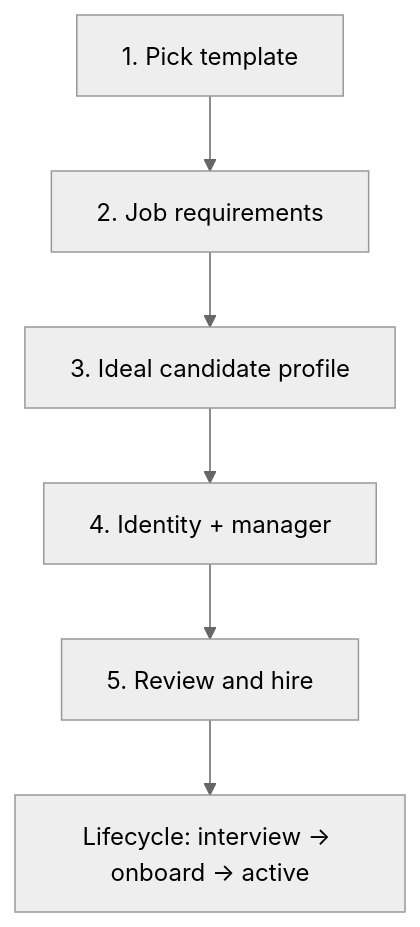
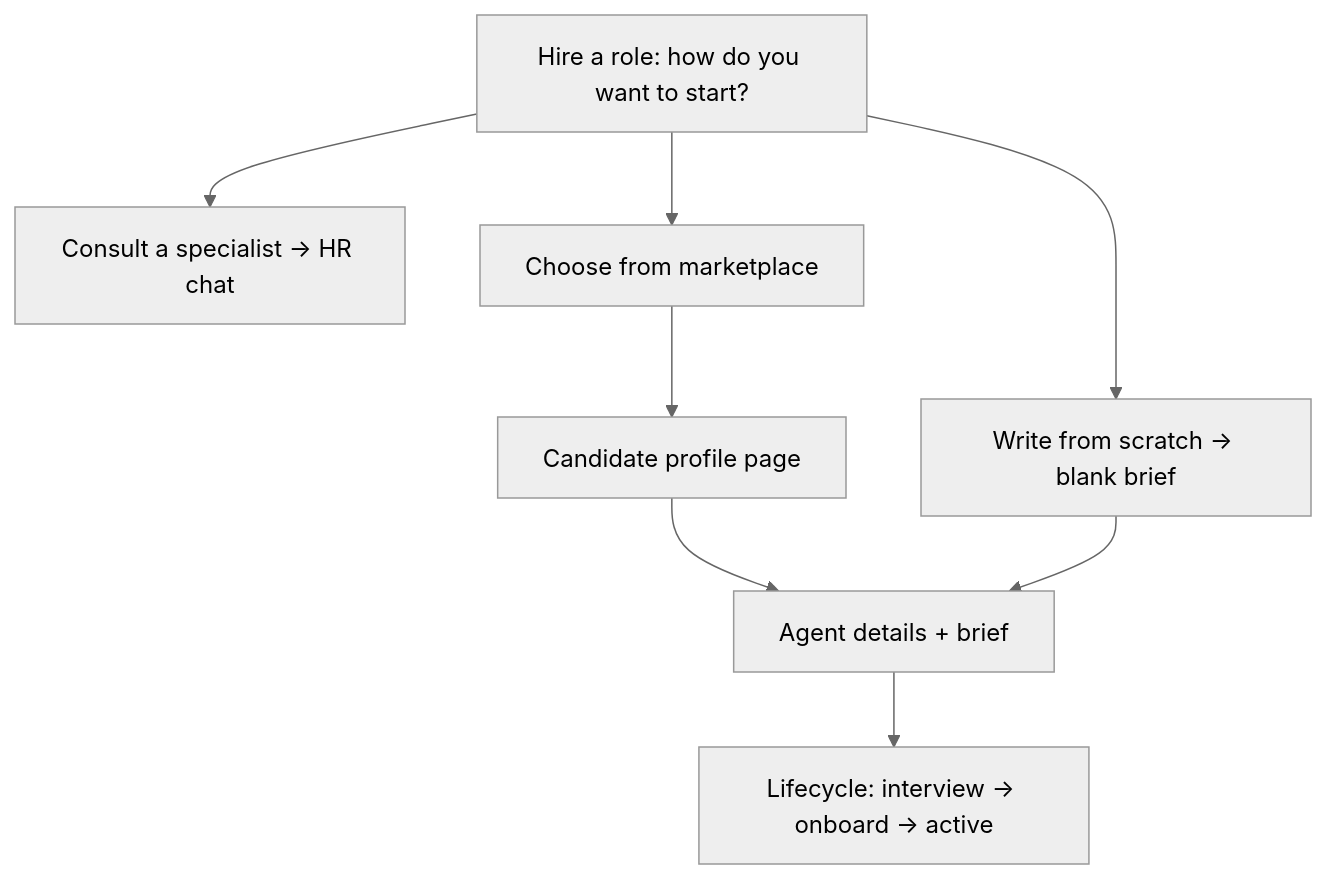
The first of 2 diagrams in specs/HIRE_UX.md (Nitaym/pidgin), drawn with Mermaid (neutral theme) before and after one commit. The commit also changed other lines of this file and 6 other files, not shown here.

````diff
--- a/specs/HIRE_UX.md
+++ b/specs/HIRE_UX.md
@@ -61,8 +61,10 @@
 ```mermaid
 flowchart TD
-  T1[1. Pick template] --> T2[2. Job requirements]
-  T2 --> T3[3. Ideal candidate profile]
-  T3 --> T4[4. Identity + manager]
-  T4 --> T5[5. Review and hire]
-  T5 --> L[Lifecycle: interview → onboard → active]
+  E[Hire a role: how do you want to start?] --> S[Consult a specialist → HR chat]
+  E --> M[Choose from marketplace]
+  E --> F[Write from scratch → blank brief]
+  M --> P[Candidate profile page]
+  P --> D[Agent details + brief]
+  F --> D
+  D --> L[Lifecycle: interview → onboard → active]
 ```
````
